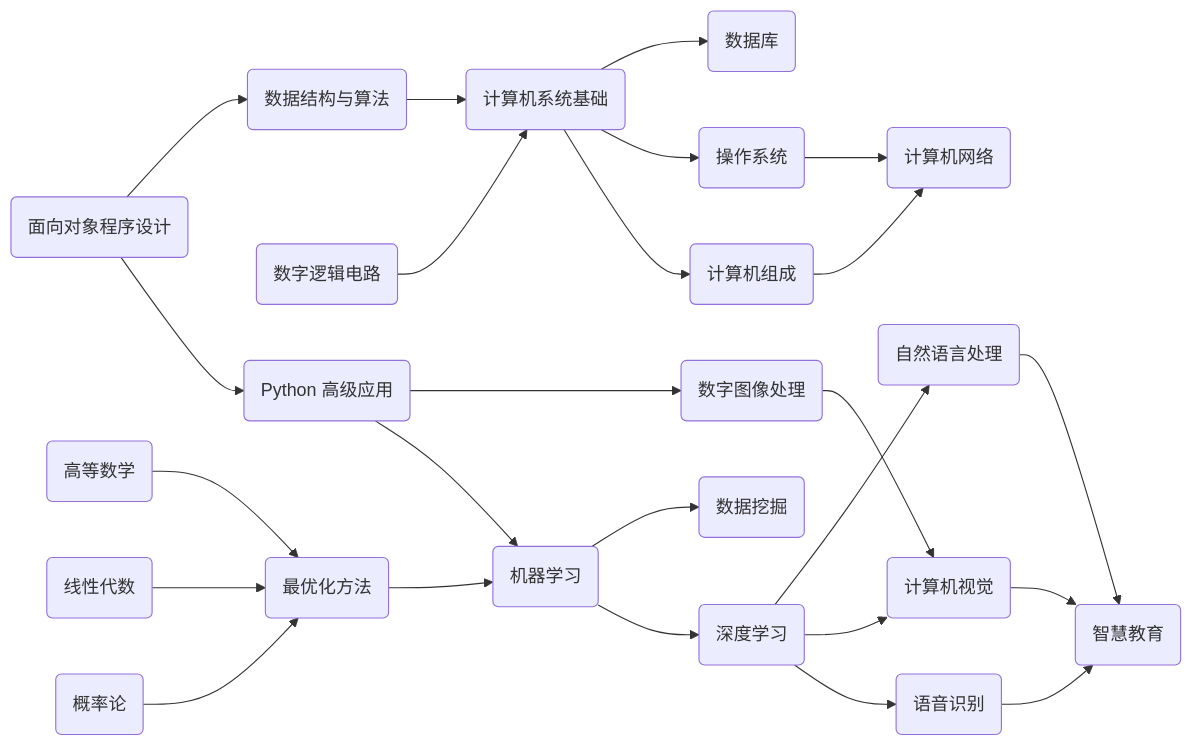
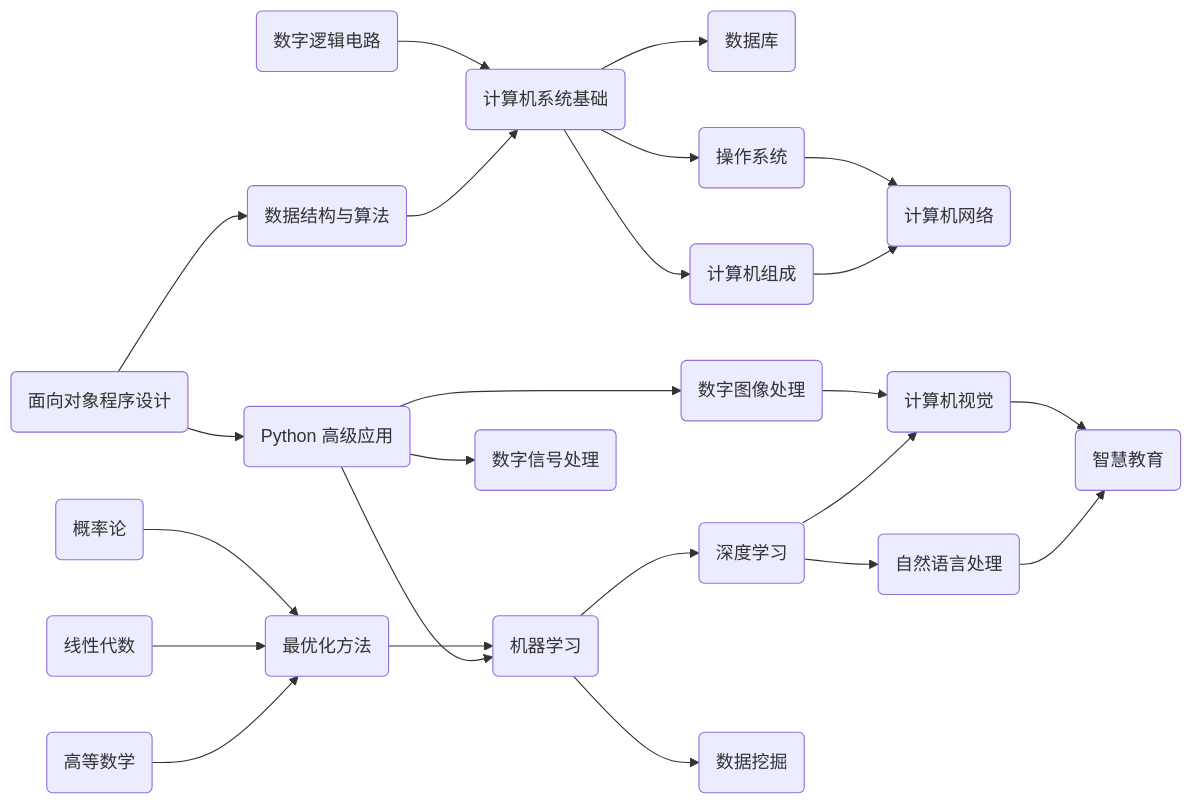
Before and after one commit to Explorer-Dong/explorer-dong.github.io: the first of 2 diagrams in README.md, drawn with Mermaid. The commit also changed 1 other file, not shown here.

Commit message:
rename: speech recongnition -> digital signal processing

````diff
--- a/README.md
+++ b/README.md
@@ -14,37 +14,37 @@
 ```mermaid
 flowchart LR
     面向对象程序设计(面向对象程序设计)
     数据结构与算法(数据结构与算法)
     数字逻辑电路(数字逻辑电路)
     计算机系统基础(计算机系统基础)
     数据库(数据库)
     操作系统(操作系统)
     计算机组成(计算机组成)
     计算机网络(计算机网络)
 
     面向对象程序设计 --> 数据结构与算法 --> 计算机系统基础
     数字逻辑电路 --> 计算机系统基础 --> 数据库 & 操作系统 & 计算机组成
     计算机组成 & 操作系统 --> 计算机网络
 
     Python高级应用(Python 高级应用)
     数字图像处理(数字图像处理)
     机器学习(机器学习)
     深度学习(深度学习)
     数据挖掘(数据挖掘)
     自然语言处理(自然语言处理)
     计算机视觉(计算机视觉)
-    语音识别(语音识别)
+    数字信号处理(数字信号处理)
     智慧教育(智慧教育)
 
-    Python高级应用 --> 数字图像处理 & 机器学习
+    Python高级应用 --> 数字图像处理 & 数字信号处理 & 机器学习
     机器学习 --> 数据挖掘 & 深度学习
-    深度学习 --> 自然语言处理 & 计算机视觉 & 语音识别 --> 智慧教育
+    深度学习 --> 自然语言处理 & 计算机视觉 --> 智慧教育
     数字图像处理 --> 计算机视觉
 
     高等数学(高等数学)
     线性代数(线性代数)
     概率论(概率论)
     最优化方法(最优化方法)
     高等数学 & 线性代数 & 概率论 --> 最优化方法 --> 机器学习
     面向对象程序设计 --> Python高级应用
 ```
````
